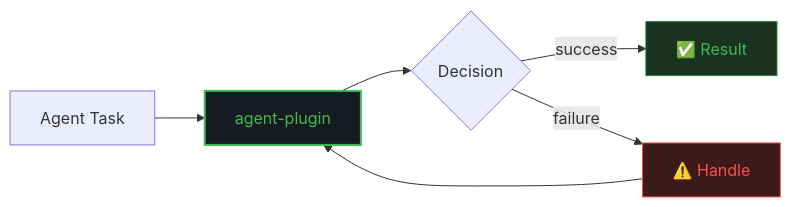
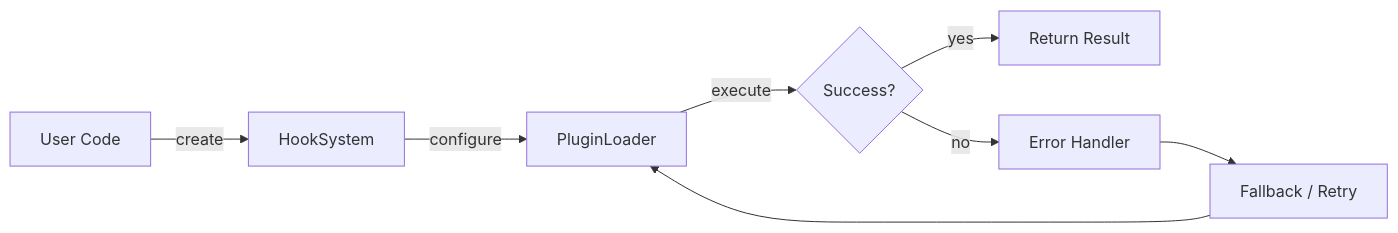
Before and after one commit to darshjme/agent-plugin: the first of 2 diagrams in README.md, drawn with Mermaid. The commit also changed other lines of this file and 1 other file, not shown here.

````diff
--- a/README.md
+++ b/README.md
@@ -59,12 +92,10 @@
 ```mermaid
 flowchart LR
-    A[Agent Task] --> B[agent-plugin]
-    B --> C{Decision}
-    C -->|success| D[✅ Result]
-    C -->|failure| E[⚠️ Handle]
-    E --> B
-
-    style B fill:#161b22,stroke:#3fb950,stroke-width:2,color:#3fb950
-    style D fill:#1a3320,stroke:#238636,color:#3fb950
-    style E fill:#3d1a1a,stroke:#f85149,color:#f85149
+    A[User Code] -->|create| B[HookSystem]
+    B -->|configure| C[PluginLoader]
+    C -->|execute| D{Success?}
+    D -->|yes| E[Return Result]
+    D -->|no| F[Error Handler]
+    F --> G[Fallback / Retry]
+    G --> C
 ```
````
